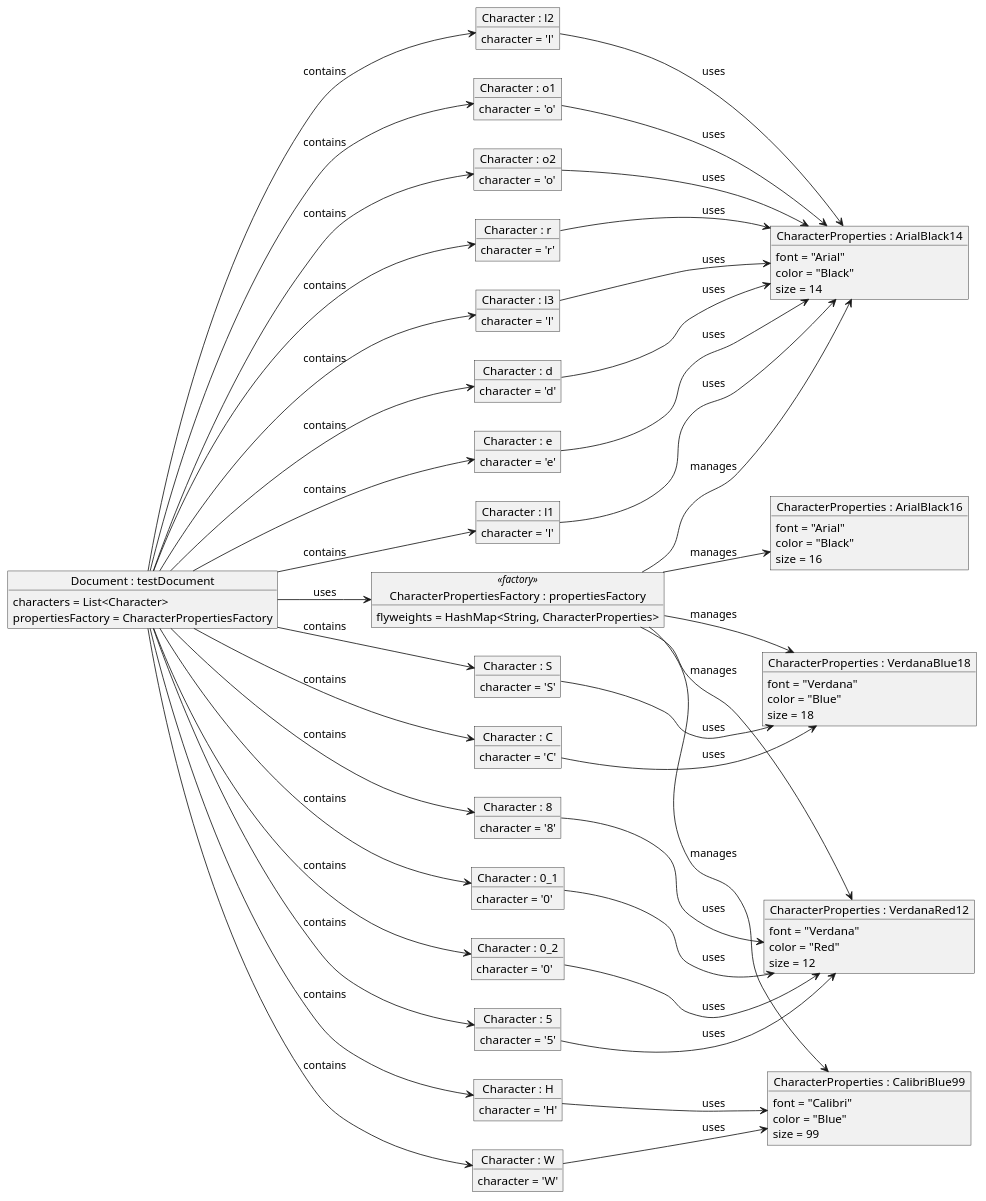
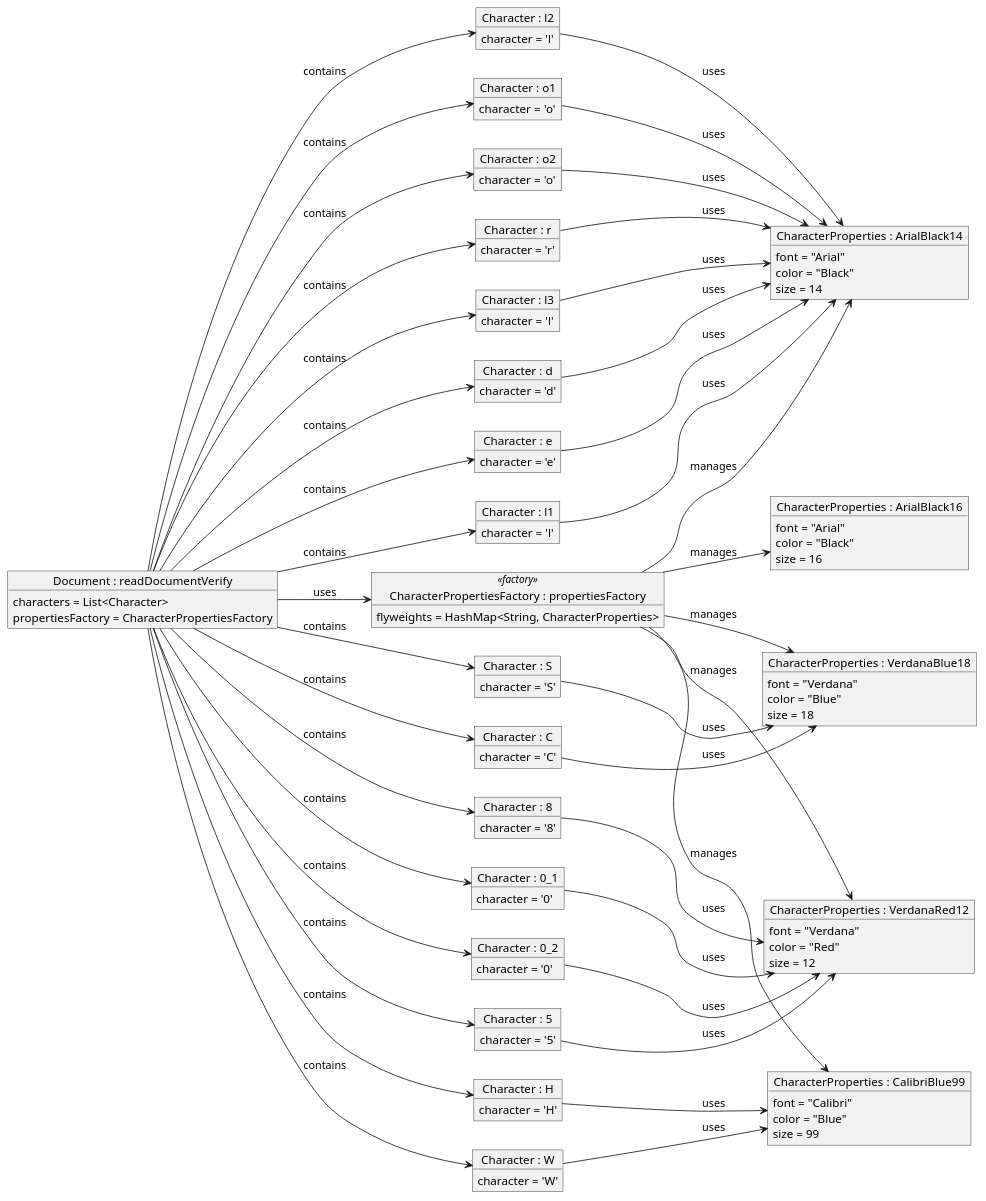
The diagram in Assignment8/Part2:Quiz2/ObjDiagram_After.puml (chile20/CS4800), drawn with PlantUML before and after one commit.

Commit message:
Document name change

```diff
--- a/Assignment8/Part2:Quiz2/ObjDiagram_After.puml
+++ b/Assignment8/Part2:Quiz2/ObjDiagram_After.puml
@@ -1,139 +1,139 @@
 @startuml
 ' Layout Direction
 left to right direction
 
 ' Define Objects
-object "Document : testDocument" as doc {
+object "Document : readDocumentVerify" as doc {
   characters = List<Character>
   propertiesFactory = CharacterPropertiesFactory
 }
 
 object "CharacterPropertiesFactory : propertiesFactory" as cpf <<factory>> {
   flyweights = HashMap<String, CharacterProperties>
 }
 
 ' Characters Properties Instances
 object "CharacterProperties : ArialBlack14" as CP1 {
   font = "Arial"
   color = "Black"
   size = 14
 }
 object "CharacterProperties : ArialBlack16" as CP2 {
   font = "Arial"
   color = "Black"
   size = 16
 }
 object "CharacterProperties : VerdanaBlue18" as CP3 {
   font = "Verdana"
   color = "Blue"
   size = 18
 }
 object "CharacterProperties : VerdanaRed12" as CP4 {
   font = "Verdana"
   color = "Red"
   size = 12
 }
 
 object "CharacterProperties : CalibriBlue99" as CP5 {
   font = "Calibri"
   color = "Blue"
   size = 99
 }
 
 ' Define Characters
 object "Character : H" as Ch1 {
   character = 'H'
 }
 object "Character : e" as Ch2 {
   character = 'e'
 }
 object "Character : l1" as Ch3 {
   character = 'l'
 }
 object "Character : l2" as Ch4 {
   character = 'l'
 }
 object "Character : o1" as Ch5 {
   character = 'o'
 }
 object "Character : W" as Ch6 {
   character = 'W'
 }
 object "Character : o2" as Ch7 {
   character = 'o'
 }
 object "Character : r" as Ch8 {
   character = 'r'
 }
 object "Character : l3" as Ch9 {
   character = 'l'
 }
 object "Character : d" as Ch10 {
   character = 'd'
 }
 object "Character : C" as Ch11 {
   character = 'C'
 }
 object "Character : S" as Ch12 {
   character = 'S'
 }
 object "Character : 5" as Ch13 {
   character = '5'
 }
 object "Character : 8" as Ch14 {
   character = '8'
 }
 object "Character : 0_1" as Ch15 {
   character = '0'
 }
 object "Character : 0_2" as Ch16 {
   character = '0'
 }
 
 ' Define Relationships
 doc --> cpf : "uses"
 cpf -[hidden]-> CP1
 cpf -[hidden]-> CP2
 cpf -[hidden]-> CP3
 cpf -[hidden]-> CP4
 doc --> Ch1 : "contains"
 doc --> Ch2 : "contains"
 doc --> Ch3 : "contains"
 doc --> Ch4 : "contains"
 doc --> Ch5 : "contains"
 doc --> Ch6 : "contains"
 doc --> Ch7 : "contains"
 doc --> Ch8 : "contains"
 doc --> Ch9 : "contains"
 doc --> Ch10 : "contains"
 doc --> Ch11 : "contains"
 doc --> Ch12 : "contains"
 doc --> Ch13 : "contains"
 doc --> Ch14 : "contains"
 doc --> Ch15 : "contains"
 doc --> Ch16 : "contains"
 
 cpf --> CP1 : "manages"
 cpf --> CP2 : "manages"
 cpf --> CP3 : "manages"
 cpf --> CP4 : "manages"
 cpf --> CP5 : "manages"
 
 Ch1 --> CP5 : "uses"
 Ch2 --> CP1 : "uses"
 Ch3 --> CP1 : "uses"
 Ch4 --> CP1 : "uses"
 Ch5 --> CP1 : "uses"
 Ch6 --> CP5 : "uses"
 Ch7 --> CP1 : "uses"
 Ch8 --> CP1 : "uses"
 Ch9 --> CP1 : "uses"
 Ch10 --> CP1 : "uses"
 Ch11 --> CP3 : "uses"
 Ch12 --> CP3 : "uses"
 Ch13 --> CP4 : "uses"
 Ch14 --> CP4 : "uses"
 Ch15 --> CP4 : "uses"
 Ch16 --> CP4 : "uses"
 
 @enduml
```
